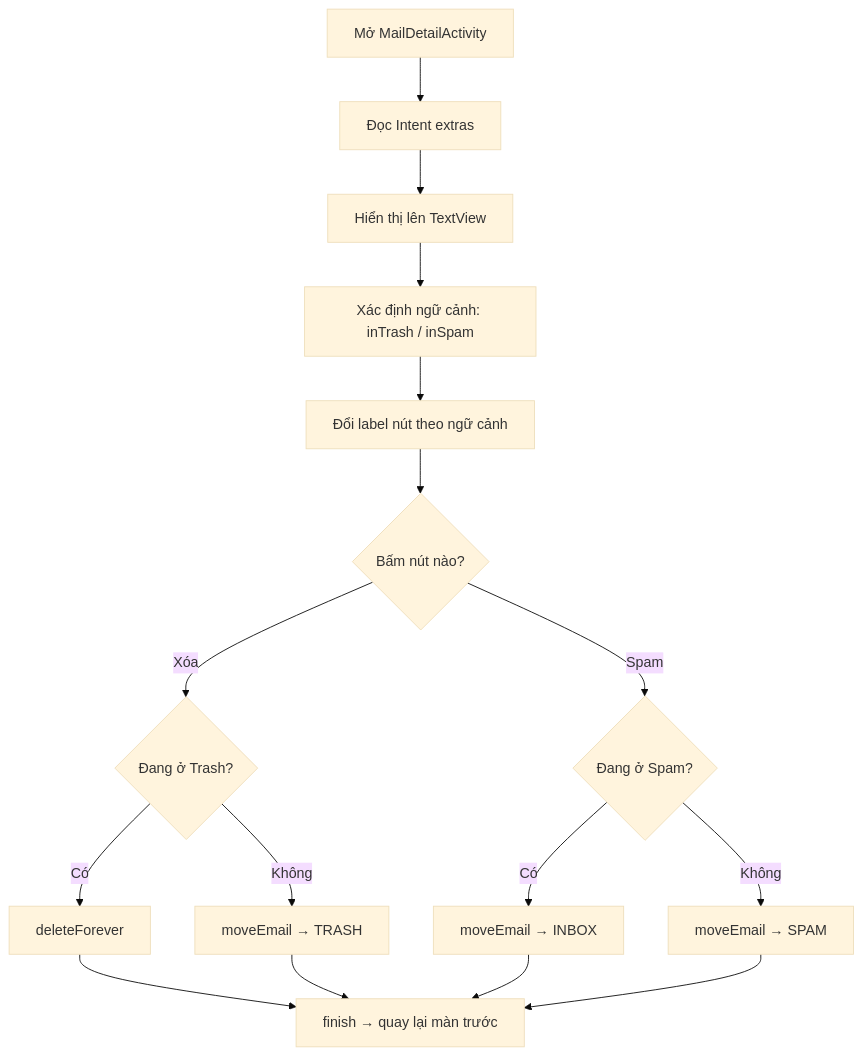
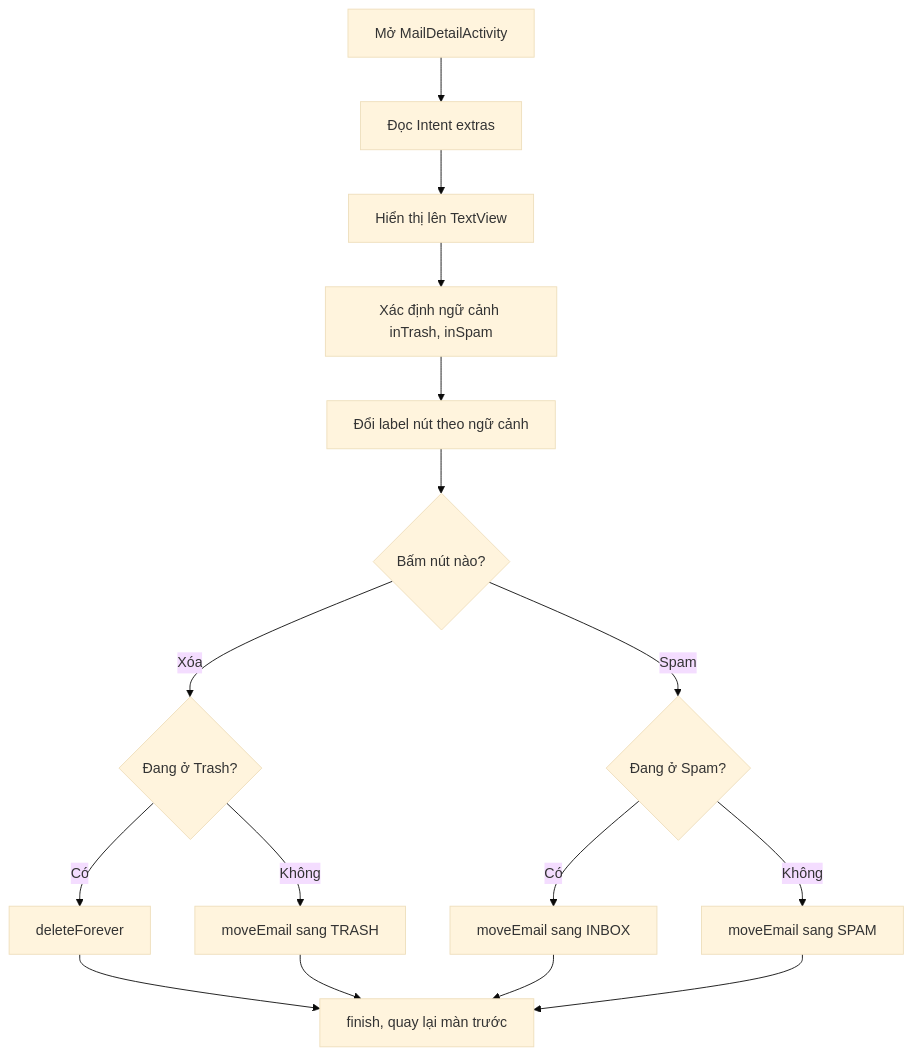
The fifth of 7 diagrams in README.md (Dak1096/MobileDev_2026), drawn with Mermaid (base theme) before and after one commit. The commit also changed other lines of this file, not shown here.

Commit message:
Update flowcharts in README for clarity

````diff
--- a/README.md
+++ b/README.md
@@ -150,18 +157,18 @@
 ```mermaid
 flowchart TD
-    A[Mở MailDetailActivity] --> B[Đọc Intent extras]
-    B --> C[Hiển thị lên TextView]
-    C --> D[Xác định ngữ cảnh: inTrash / inSpam]
-    D --> E[Đổi label nút theo ngữ cảnh]
-    E --> F{Bấm nút nào?}
-    F -->|Xóa| G{Đang ở Trash?}
-    G -->|Có| H[deleteForever]
-    G -->|Không| I["moveEmail → TRASH"]
-    F -->|Spam| J{Đang ở Spam?}
-    J -->|Có| K["moveEmail → INBOX"]
-    J -->|Không| L["moveEmail → SPAM"]
-    H --> M[finish → quay lại màn trước]
+    A["Mở MailDetailActivity"] --> B["Đọc Intent extras"]
+    B --> C["Hiển thị lên TextView"]
+    C --> D["Xác định ngữ cảnh inTrash, inSpam"]
+    D --> E["Đổi label nút theo ngữ cảnh"]
+    E --> F{"Bấm nút nào?"}
+    F -->|"Xóa"| G{"Đang ở Trash?"}
+    G -->|"Có"| H["deleteForever"]
+    G -->|"Không"| I["moveEmail sang TRASH"]
+    F -->|"Spam"| J{"Đang ở Spam?"}
+    J -->|"Có"| K["moveEmail sang INBOX"]
+    J -->|"Không"| L["moveEmail sang SPAM"]
+    H --> M["finish, quay lại màn trước"]
     I --> M
     K --> M
     L --> M
 ```
````
